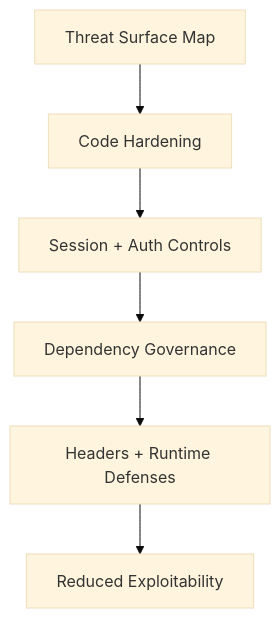
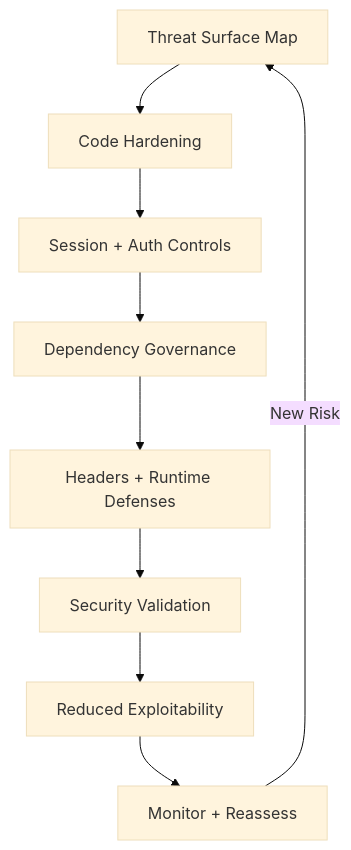
Before and after one commit to kaushalkumar8459/CodingTerminal-Tutorial-Notes: the diagram in tutorial-platform/public/tutorials/react/day-094-frontend-security-hardening.md, drawn with Mermaid (base theme). The commit also changed other lines of this file, not shown here.

Commit message:
Enhance Day 94 frontend security hardening without changing structure

````diff
--- a/tutorial-platform/public/tutorials/react/day-094-frontend-security-hardening.md
+++ b/tutorial-platform/public/tutorials/react/day-094-frontend-security-hardening.md
@@ -170,8 +183,11 @@
 ```mermaid
 flowchart TD
 		A[Threat Surface Map] --> B[Code Hardening]
 		B --> C[Session + Auth Controls]
 		C --> D[Dependency Governance]
 		D --> E[Headers + Runtime Defenses]
-		E --> F[Reduced Exploitability]
+		E --> F[Security Validation]
+		F --> G[Reduced Exploitability]
+		G --> H[Monitor + Reassess]
+		H -->|New Risk| A
 ```
````
